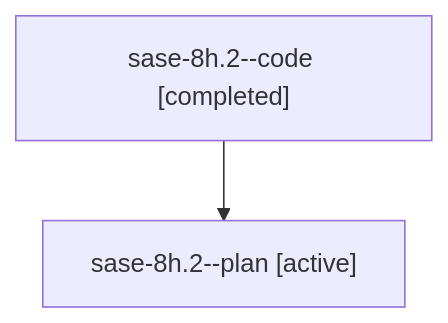
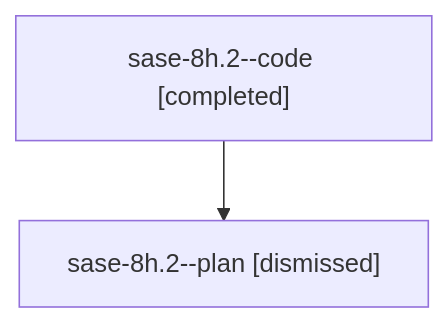
One commit to sase-org/sase--agents changed the diagram in sessions/bbugyi200.athena.sase-8h.2.md. Above: the diagram before and after it, drawn with Mermaid. The commit also changed other lines of this file and 100 other files, not shown here.

````diff
--- a/sessions/bbugyi200.athena.sase-8h.2.md
+++ b/sessions/bbugyi200.athena.sase-8h.2.md
@@ -9,6 +9,6 @@
 ```mermaid
 flowchart TD
   n0["sase-8h.2--code [completed]"]
-  n1["sase-8h.2--plan [active]"]
+  n1["sase-8h.2--plan [dismissed]"]
   n0 --> n1
 ```
````
